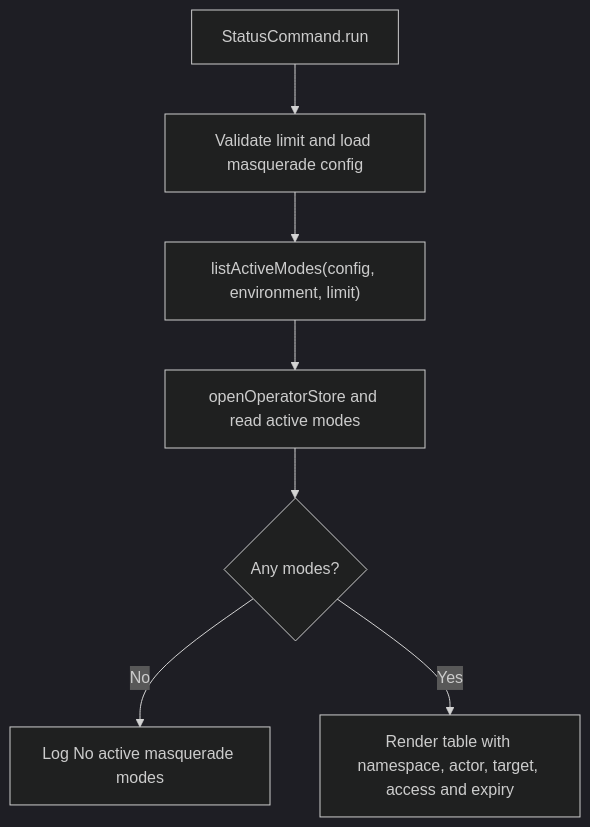
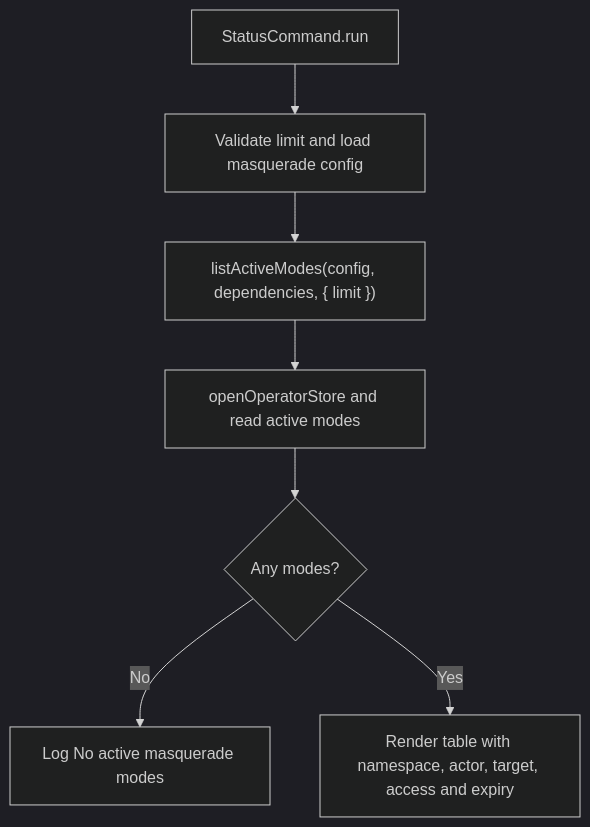
One commit to Kevinjohn/oss-adonisjs-masquerade changed the second of 2 diagrams in user-stories/inspect-active-modes/us-ops-01-inspect-active-modes.md. Above: the diagram before and after it, drawn with Mermaid (dark theme). The commit also changed other lines of this file and 5 other files, not shown here.

Commit message:
Correct request admission and operator mode flow boundaries

````diff
--- a/user-stories/inspect-active-modes/us-ops-01-inspect-active-modes.md
+++ b/user-stories/inspect-active-modes/us-ops-01-inspect-active-modes.md
@@ -37,9 +37,9 @@
 ```mermaid
 flowchart TD
     A["StatusCommand.run"] --> B["Validate limit and load masquerade config"]
-    B --> C["listActiveModes(config, environment, limit)"]
+    B --> C["listActiveModes(config, dependencies, { limit })"]
     C --> D["openOperatorStore and read active modes"]
     D --> E{"Any modes?"}
     E -->|No| F["Log No active masquerade modes"]
     E -->|Yes| G["Render table with namespace, actor, target, access and expiry"]
 ```
````
